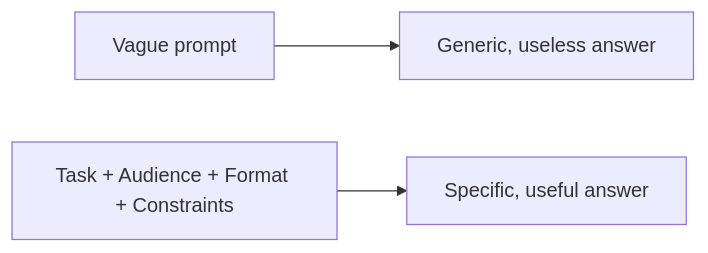
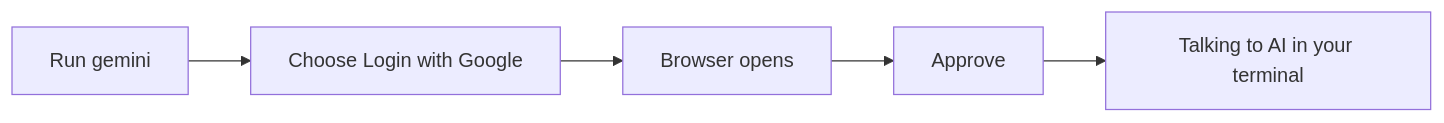
One commit to KakkoiDev/izumo-io changed the diagram in content/ai/a04.md. Above: the diagram before and after it, drawn with Mermaid. The commit also changed other lines of this file and 68 other files, not shown here.

````diff
--- a/content/ai/a04.md
+++ b/content/ai/a04.md
@@ -31,5 +37,7 @@
 ```mermaid
 flowchart LR
-    V[Vague prompt] --> G[Generic, useless answer]
-    S[Task + Audience + Format + Constraints] --> U[Specific, useful answer]
+    A[Run gemini] --> B[Choose Login with Google]
+    B --> C[Browser opens]
+    C --> D[Approve]
+    D --> E[Talking to AI in your terminal]
 ```
````
